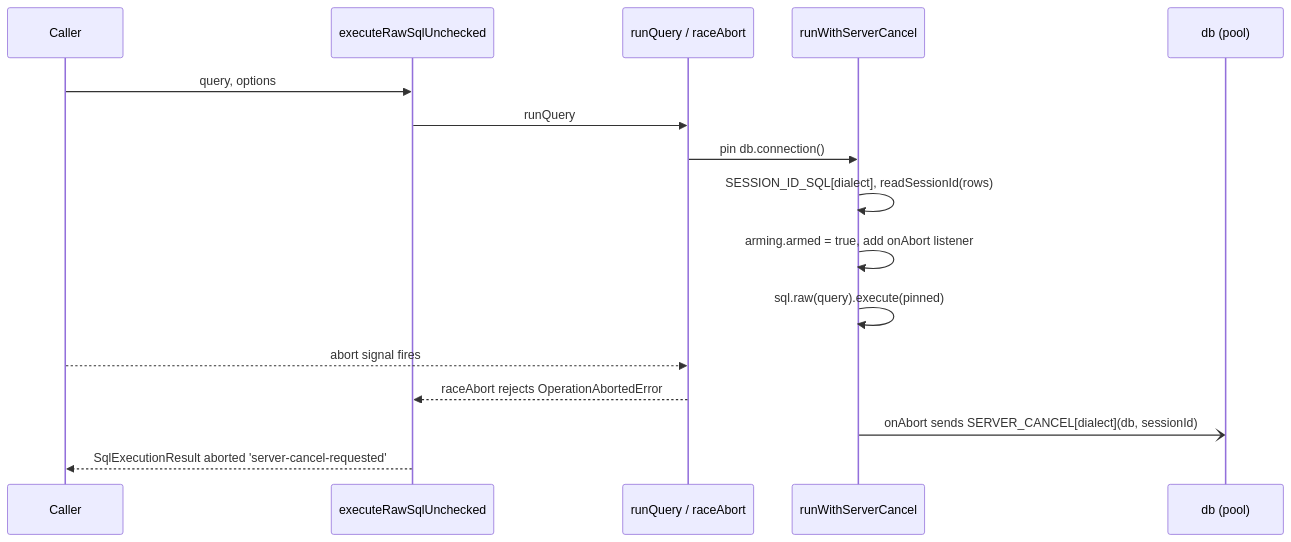
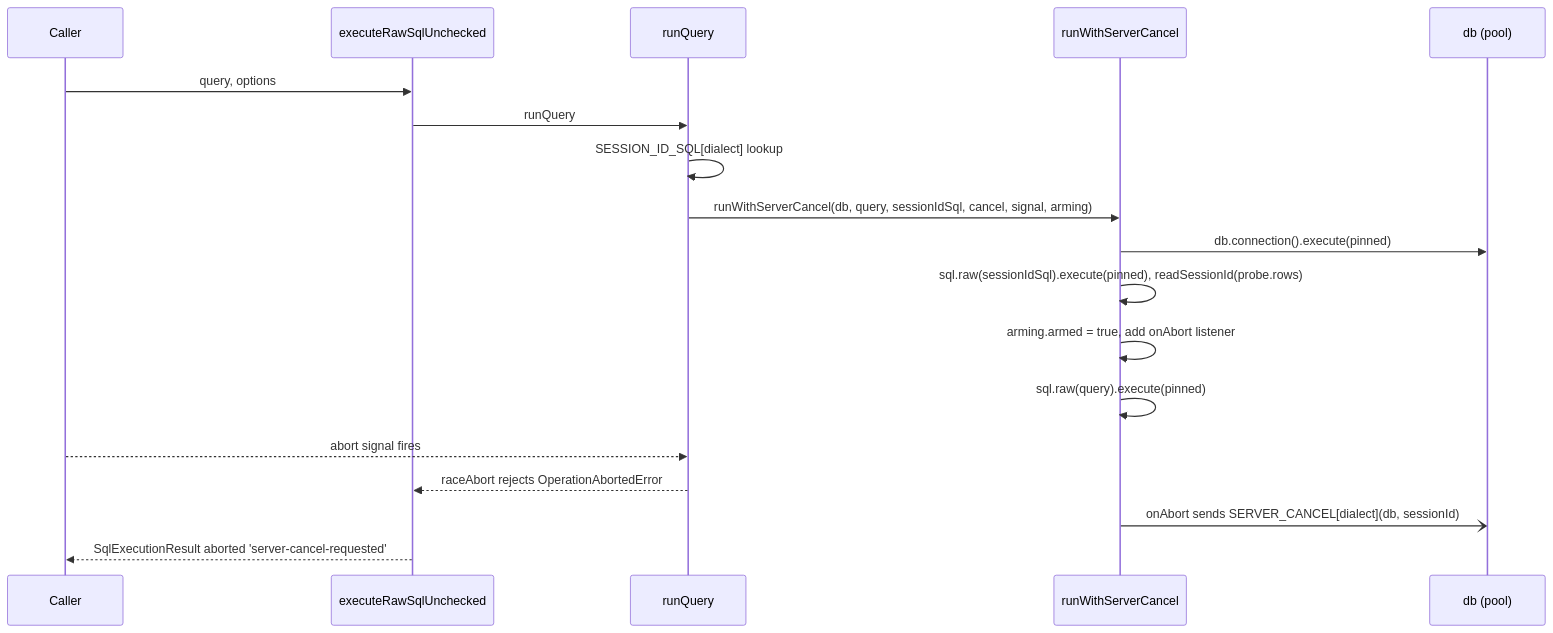
The fourth of 7 diagrams in docs/wiki/core-identity.md (noormdev/noorm), drawn with Mermaid before and after one commit. The commit also changed other lines of this file and 557 other files, not shown here.

````diff
--- a/docs/wiki/core-identity.md
+++ b/docs/wiki/core-identity.md
@@ -60,18 +80,20 @@
 ```mermaid
 sequenceDiagram
     participant Caller
     participant U as executeRawSqlUnchecked
-    participant R as runQuery / raceAbort
+    participant R as runQuery
     participant S as runWithServerCancel
     participant Pool as db (pool)
     Caller->>U: query, options
     U->>R: runQuery
-    R->>S: pin db.connection()
-    S->>S: SESSION_ID_SQL[dialect], readSessionId(rows)
+    R->>R: SESSION_ID_SQL[dialect] lookup
+    R->>S: runWithServerCancel(db, query, sessionIdSql, cancel, signal, arming)
+    S->>Pool: db.connection().execute(pinned)
+    S->>S: sql.raw(sessionIdSql).execute(pinned), readSessionId(probe.rows)
     S->>S: arming.armed = true, add onAbort listener
     S->>S: sql.raw(query).execute(pinned)
     Caller-->>R: abort signal fires
     R-->>U: raceAbort rejects OperationAbortedError
     S-)Pool: onAbort sends SERVER_CANCEL[dialect](db, sessionId)
     U-->>Caller: SqlExecutionResult aborted 'server-cancel-requested'
 ```
````
